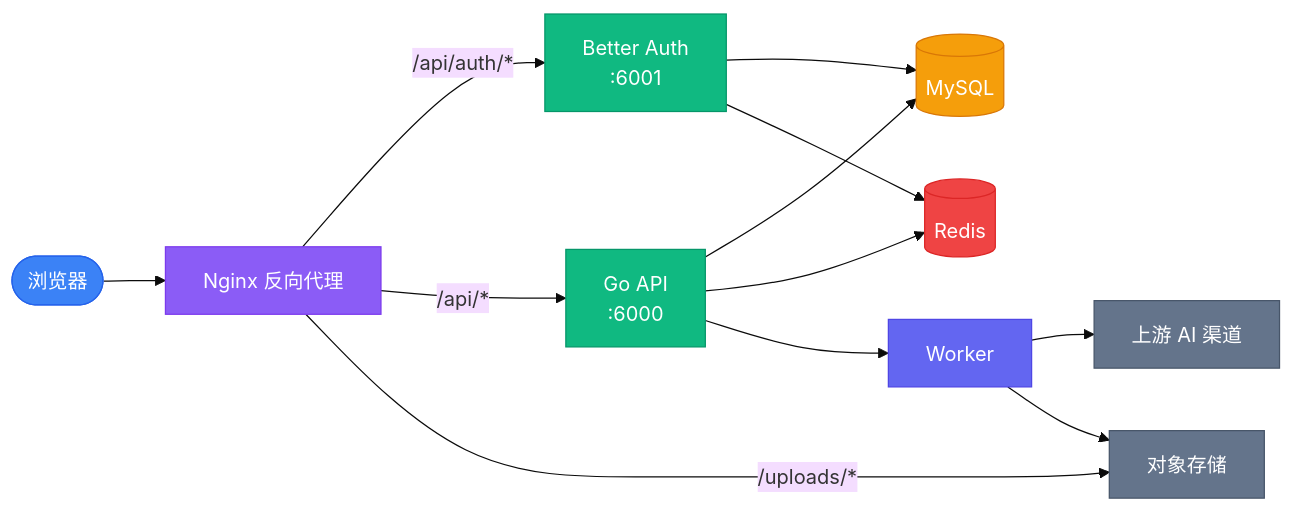
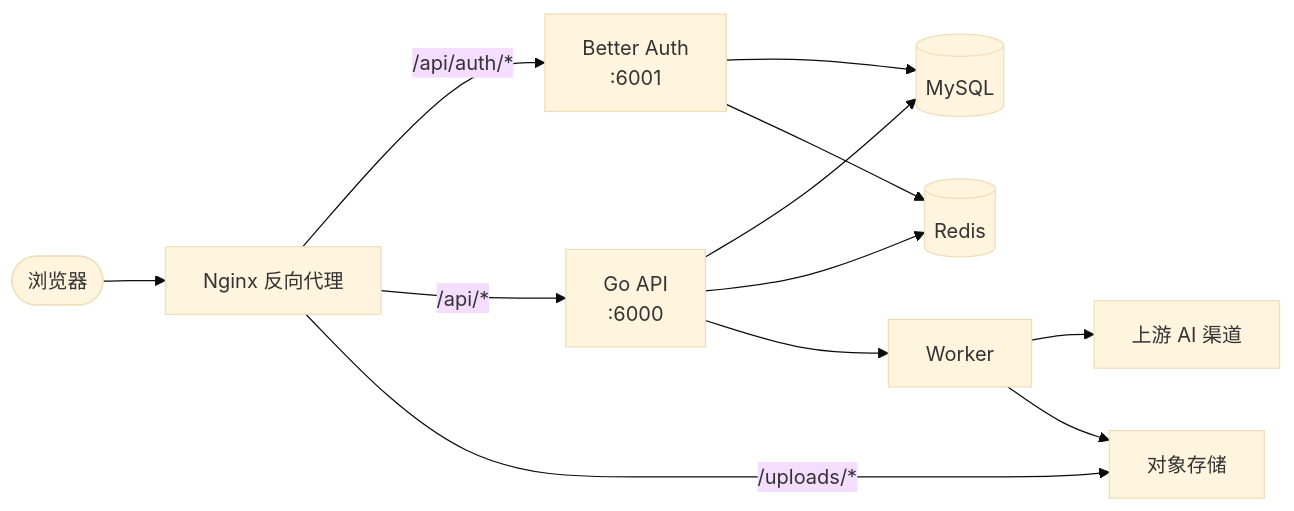
Before and after one commit to Ericsunsk/IdeaBoard: the diagram in README.md, drawn with Mermaid (base theme).

Commit message:
docs: restore default Mermaid colors in architecture diagram

````diff
--- a/README.md
+++ b/README.md
@@ -68,26 +68,16 @@
 ```mermaid
 graph LR
   Browser([浏览器]) --> Nginx[Nginx 反向代理]
   Nginx -->|/api/auth/*| Auth[Better Auth<br/>:6001]
   Nginx -->|/api/*| API[Go API<br/>:6000]
   Nginx -->|/uploads/*| OSS[对象存储]
 
   API --> DB[(MySQL)]
   API --> Cache[(Redis)]
   API --> Worker[Worker]
   Auth --> DB
   Auth --> Cache
 
   Worker --> AI[上游 AI 渠道]
   Worker --> OSS
-
-  style Browser fill:#3b82f6,stroke:#2563eb,color:#fff
-  style Nginx fill:#8b5cf6,stroke:#7c3aed,color:#fff
-  style Auth fill:#10b981,stroke:#059669,color:#fff
-  style API fill:#10b981,stroke:#059669,color:#fff
-  style DB fill:#f59e0b,stroke:#d97706,color:#fff
-  style Cache fill:#ef4444,stroke:#dc2626,color:#fff
-  style Worker fill:#6366f1,stroke:#4f46e5,color:#fff
-  style AI fill:#64748b,stroke:#475569,color:#fff
-  style OSS fill:#64748b,stroke:#475569,color:#fff
 ```
````
